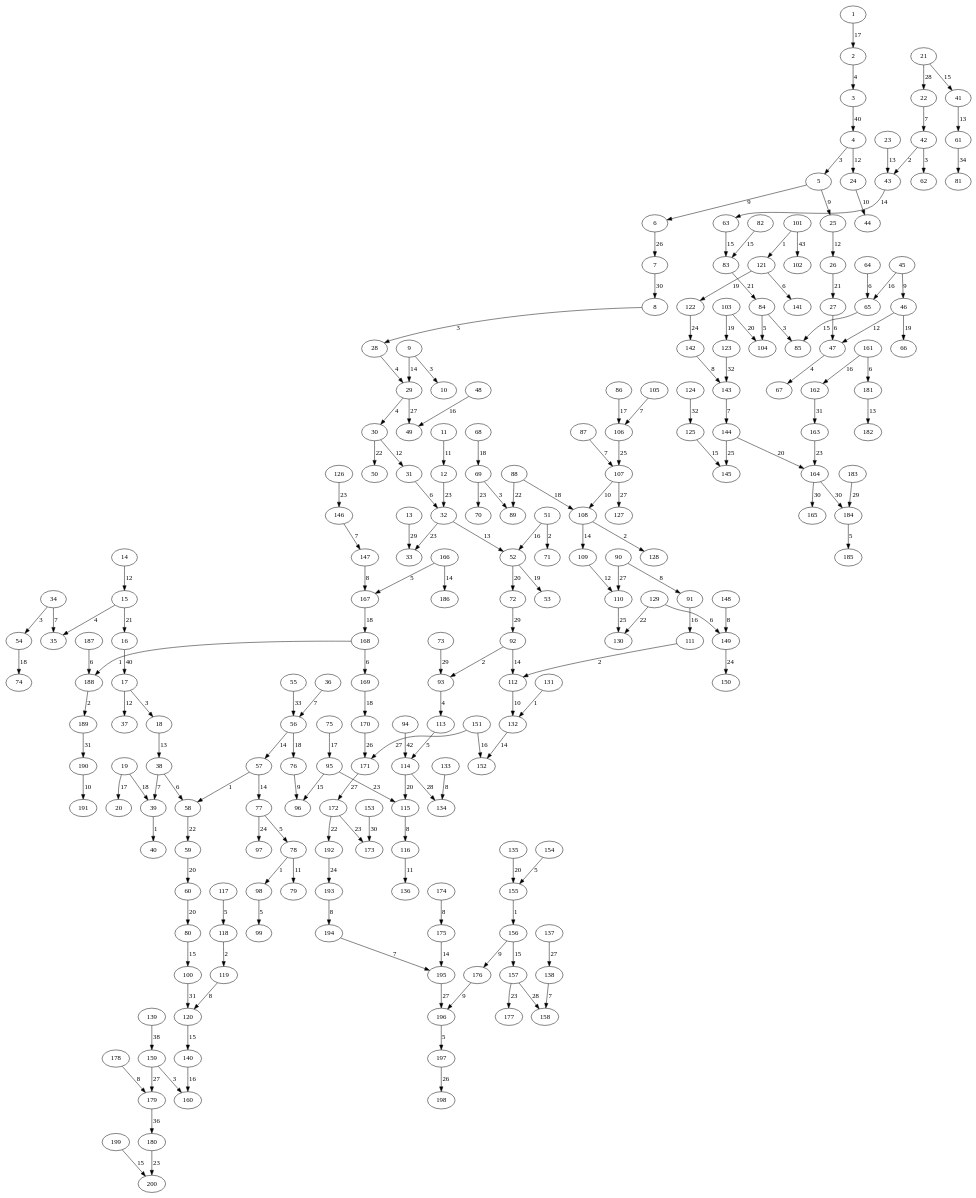
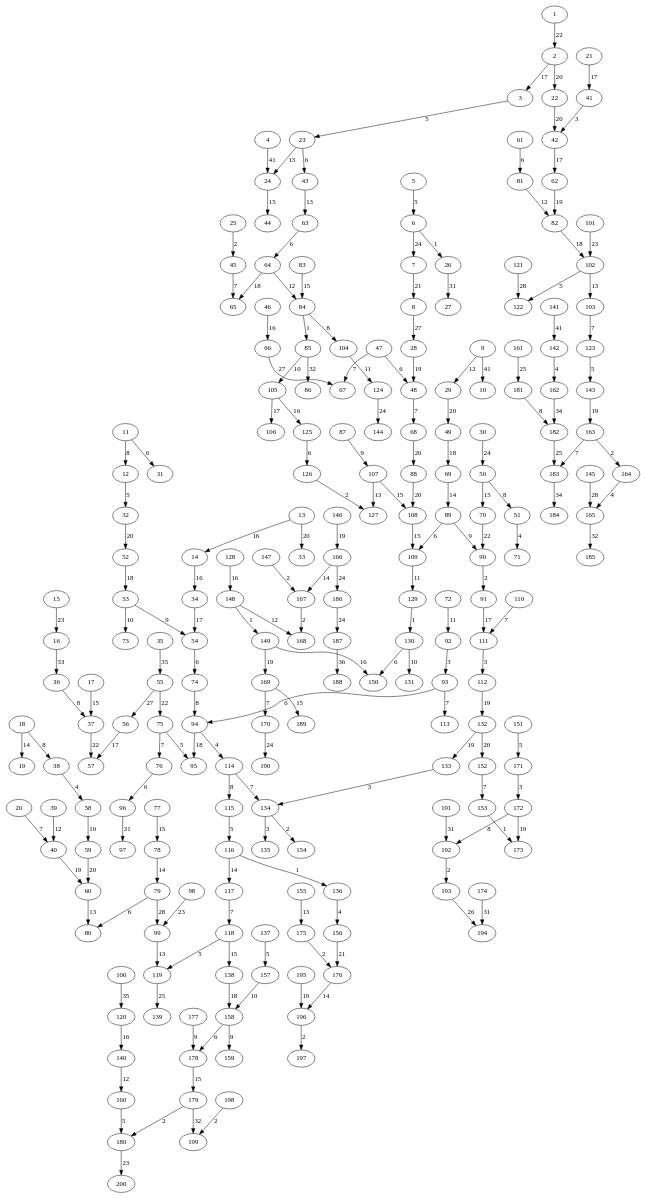
Before and after one commit to stormKx18/cic_algoritmos_proyecto4_Christian_Jaime: the diagram in graphviz/grafoMalla_m_20_n_10_KruskalI.gv, drawn with Graphviz. The commit also changed 19 other files, not shown here.

```diff
--- a/graphviz/grafoMalla_m_20_n_10_KruskalI.gv
+++ b/graphviz/grafoMalla_m_20_n_10_KruskalI.gv
@@ -199,203 +199,203 @@
 198;
 199;
 200;
-101 -> 102[label=43 weight=43];
-94 -> 114[label=42 weight=42];
-16 -> 17[label=40 weight=40];
-3 -> 4[label=40 weight=40];
-139 -> 159[label=38 weight=38];
-179 -> 180[label=36 weight=36];
-61 -> 81[label=34 weight=34];
-55 -> 56[label=33 weight=33];
-123 -> 143[label=32 weight=32];
-124 -> 125[label=32 weight=32];
-100 -> 120[label=31 weight=31];
-162 -> 163[label=31 weight=31];
-189 -> 190[label=31 weight=31];
-153 -> 173[label=30 weight=30];
-164 -> 165[label=30 weight=30];
-164 -> 184[label=30 weight=30];
-7 -> 8[label=30 weight=30];
-13 -> 33[label=29 weight=29];
-183 -> 184[label=29 weight=29];
-72 -> 92[label=29 weight=29];
-73 -> 93[label=29 weight=29];
-114 -> 134[label=28 weight=28];
-157 -> 158[label=28 weight=28];
-21 -> 22[label=28 weight=28];
-107 -> 127[label=27 weight=27];
-137 -> 138[label=27 weight=27];
-151 -> 171[label=27 weight=27];
-159 -> 179[label=27 weight=27];
-171 -> 172[label=27 weight=27];
-195 -> 196[label=27 weight=27];
-29 -> 49[label=27 weight=27];
-90 -> 110[label=27 weight=27];
-170 -> 171[label=26 weight=26];
-197 -> 198[label=26 weight=26];
-6 -> 7[label=26 weight=26];
-106 -> 107[label=25 weight=25];
-110 -> 130[label=25 weight=25];
-144 -> 145[label=25 weight=25];
-122 -> 142[label=24 weight=24];
-149 -> 150[label=24 weight=24];
-192 -> 193[label=24 weight=24];
-77 -> 97[label=24 weight=24];
-12 -> 32[label=23 weight=23];
-126 -> 146[label=23 weight=23];
-157 -> 177[label=23 weight=23];
-163 -> 164[label=23 weight=23];
-172 -> 173[label=23 weight=23];
+141 -> 142[label=41 weight=41];
+4 -> 24[label=41 weight=41];
+9 -> 10[label=41 weight=41];
+187 -> 188[label=36 weight=36];
+100 -> 120[label=35 weight=35];
+35 -> 55[label=35 weight=35];
+162 -> 182[label=34 weight=34];
+183 -> 184[label=34 weight=34];
+16 -> 36[label=33 weight=33];
+165 -> 185[label=32 weight=32];
+179 -> 199[label=32 weight=32];
+85 -> 86[label=32 weight=32];
+174 -> 194[label=31 weight=31];
+191 -> 192[label=31 weight=31];
+26 -> 27[label=31 weight=31];
+96 -> 97[label=31 weight=31];
+121 -> 122[label=28 weight=28];
+145 -> 165[label=28 weight=28];
+79 -> 99[label=28 weight=28];
+55 -> 56[label=27 weight=27];
+66 -> 67[label=27 weight=27];
+8 -> 28[label=27 weight=27];
+193 -> 194[label=26 weight=26];
+119 -> 139[label=25 weight=25];
+161 -> 181[label=25 weight=25];
+182 -> 183[label=25 weight=25];
+124 -> 144[label=24 weight=24];
+166 -> 186[label=24 weight=24];
+170 -> 190[label=24 weight=24];
+186 -> 187[label=24 weight=24];
+30 -> 50[label=24 weight=24];
+6 -> 7[label=24 weight=24];
+101 -> 102[label=23 weight=23];
+15 -> 16[label=23 weight=23];
 180 -> 200[label=23 weight=23];
-32 -> 33[label=23 weight=23];
-69 -> 70[label=23 weight=23];
-95 -> 115[label=23 weight=23];
-129 -> 130[label=22 weight=22];
-172 -> 192[label=22 weight=22];
-30 -> 50[label=22 weight=22];
-58 -> 59[label=22 weight=22];
-88 -> 89[label=22 weight=22];
-15 -> 16[label=21 weight=21];
-26 -> 27[label=21 weight=21];
-83 -> 84[label=21 weight=21];
-103 -> 104[label=20 weight=20];
-114 -> 115[label=20 weight=20];
-135 -> 155[label=20 weight=20];
-144 -> 164[label=20 weight=20];
-52 -> 72[label=20 weight=20];
+98 -> 99[label=23 weight=23];
+1 -> 2[label=22 weight=22];
+37 -> 57[label=22 weight=22];
+55 -> 75[label=22 weight=22];
+70 -> 90[label=22 weight=22];
+156 -> 176[label=21 weight=21];
+7 -> 8[label=21 weight=21];
+13 -> 33[label=20 weight=20];
+132 -> 152[label=20 weight=20];
+2 -> 22[label=20 weight=20];
+22 -> 42[label=20 weight=20];
+29 -> 49[label=20 weight=20];
+32 -> 52[label=20 weight=20];
 59 -> 60[label=20 weight=20];
-60 -> 80[label=20 weight=20];
-103 -> 123[label=19 weight=19];
-121 -> 122[label=19 weight=19];
-46 -> 66[label=19 weight=19];
-52 -> 53[label=19 weight=19];
-167 -> 168[label=18 weight=18];
-169 -> 170[label=18 weight=18];
-19 -> 39[label=18 weight=18];
-54 -> 74[label=18 weight=18];
-56 -> 76[label=18 weight=18];
-68 -> 69[label=18 weight=18];
-88 -> 108[label=18 weight=18];
-1 -> 2[label=17 weight=17];
-19 -> 20[label=17 weight=17];
-75 -> 95[label=17 weight=17];
-86 -> 106[label=17 weight=17];
-140 -> 160[label=16 weight=16];
-151 -> 152[label=16 weight=16];
-161 -> 162[label=16 weight=16];
-45 -> 65[label=16 weight=16];
-48 -> 49[label=16 weight=16];
-51 -> 52[label=16 weight=16];
-91 -> 111[label=16 weight=16];
-120 -> 140[label=15 weight=15];
-125 -> 145[label=15 weight=15];
-156 -> 157[label=15 weight=15];
-199 -> 200[label=15 weight=15];
-21 -> 41[label=15 weight=15];
-63 -> 83[label=15 weight=15];
-65 -> 85[label=15 weight=15];
-80 -> 100[label=15 weight=15];
-82 -> 83[label=15 weight=15];
-95 -> 96[label=15 weight=15];
-108 -> 109[label=14 weight=14];
-132 -> 152[label=14 weight=14];
-166 -> 186[label=14 weight=14];
-175 -> 195[label=14 weight=14];
-43 -> 63[label=14 weight=14];
-56 -> 57[label=14 weight=14];
-57 -> 77[label=14 weight=14];
-9 -> 29[label=14 weight=14];
-92 -> 112[label=14 weight=14];
-18 -> 38[label=13 weight=13];
-181 -> 182[label=13 weight=13];
-23 -> 43[label=13 weight=13];
-32 -> 52[label=13 weight=13];
-41 -> 61[label=13 weight=13];
-109 -> 110[label=12 weight=12];
-14 -> 15[label=12 weight=12];
-17 -> 37[label=12 weight=12];
-25 -> 26[label=12 weight=12];
-30 -> 31[label=12 weight=12];
-4 -> 24[label=12 weight=12];
-46 -> 47[label=12 weight=12];
-11 -> 12[label=11 weight=11];
-116 -> 136[label=11 weight=11];
-78 -> 79[label=11 weight=11];
-107 -> 108[label=10 weight=10];
-112 -> 132[label=10 weight=10];
-190 -> 191[label=10 weight=10];
-24 -> 44[label=10 weight=10];
-156 -> 176[label=9 weight=9];
-176 -> 196[label=9 weight=9];
-45 -> 46[label=9 weight=9];
-5 -> 25[label=9 weight=9];
-5 -> 6[label=9 weight=9];
-76 -> 96[label=9 weight=9];
-115 -> 116[label=8 weight=8];
-119 -> 120[label=8 weight=8];
-133 -> 134[label=8 weight=8];
-142 -> 143[label=8 weight=8];
-147 -> 167[label=8 weight=8];
-148 -> 149[label=8 weight=8];
-174 -> 175[label=8 weight=8];
-178 -> 179[label=8 weight=8];
-193 -> 194[label=8 weight=8];
-90 -> 91[label=8 weight=8];
-105 -> 106[label=7 weight=7];
-138 -> 158[label=7 weight=7];
-143 -> 144[label=7 weight=7];
-146 -> 147[label=7 weight=7];
-194 -> 195[label=7 weight=7];
-22 -> 42[label=7 weight=7];
-34 -> 35[label=7 weight=7];
-36 -> 56[label=7 weight=7];
-38 -> 39[label=7 weight=7];
-87 -> 107[label=7 weight=7];
-121 -> 141[label=6 weight=6];
-129 -> 149[label=6 weight=6];
-161 -> 181[label=6 weight=6];
-168 -> 169[label=6 weight=6];
-187 -> 188[label=6 weight=6];
-27 -> 47[label=6 weight=6];
-31 -> 32[label=6 weight=6];
-38 -> 58[label=6 weight=6];
-64 -> 65[label=6 weight=6];
-113 -> 114[label=5 weight=5];
-117 -> 118[label=5 weight=5];
-154 -> 155[label=5 weight=5];
-166 -> 167[label=5 weight=5];
-184 -> 185[label=5 weight=5];
-196 -> 197[label=5 weight=5];
-77 -> 78[label=5 weight=5];
-84 -> 104[label=5 weight=5];
-98 -> 99[label=5 weight=5];
-15 -> 35[label=4 weight=4];
-2 -> 3[label=4 weight=4];
-28 -> 29[label=4 weight=4];
-29 -> 30[label=4 weight=4];
-47 -> 67[label=4 weight=4];
-93 -> 113[label=4 weight=4];
-159 -> 160[label=3 weight=3];
-17 -> 18[label=3 weight=3];
-34 -> 54[label=3 weight=3];
-4 -> 5[label=3 weight=3];
-42 -> 62[label=3 weight=3];
-69 -> 89[label=3 weight=3];
-8 -> 28[label=3 weight=3];
-84 -> 85[label=3 weight=3];
-9 -> 10[label=3 weight=3];
-108 -> 128[label=2 weight=2];
-111 -> 112[label=2 weight=2];
-118 -> 119[label=2 weight=2];
-188 -> 189[label=2 weight=2];
-42 -> 43[label=2 weight=2];
-51 -> 71[label=2 weight=2];
-92 -> 93[label=2 weight=2];
-101 -> 121[label=1 weight=1];
-131 -> 132[label=1 weight=1];
-155 -> 156[label=1 weight=1];
-168 -> 188[label=1 weight=1];
-39 -> 40[label=1 weight=1];
-57 -> 58[label=1 weight=1];
-78 -> 98[label=1 weight=1];
+68 -> 88[label=20 weight=20];
+88 -> 108[label=20 weight=20];
+112 -> 132[label=19 weight=19];
+132 -> 133[label=19 weight=19];
+143 -> 163[label=19 weight=19];
+146 -> 166[label=19 weight=19];
+149 -> 169[label=19 weight=19];
+172 -> 173[label=19 weight=19];
+195 -> 196[label=19 weight=19];
+28 -> 48[label=19 weight=19];
+40 -> 60[label=19 weight=19];
+62 -> 82[label=19 weight=19];
+138 -> 158[label=18 weight=18];
+49 -> 69[label=18 weight=18];
+52 -> 53[label=18 weight=18];
+64 -> 65[label=18 weight=18];
+82 -> 102[label=18 weight=18];
+94 -> 95[label=18 weight=18];
+105 -> 106[label=17 weight=17];
+2 -> 3[label=17 weight=17];
+21 -> 41[label=17 weight=17];
+34 -> 54[label=17 weight=17];
+42 -> 62[label=17 weight=17];
+56 -> 57[label=17 weight=17];
+91 -> 111[label=17 weight=17];
+105 -> 125[label=16 weight=16];
+120 -> 140[label=16 weight=16];
+128 -> 148[label=16 weight=16];
+13 -> 14[label=16 weight=16];
+14 -> 34[label=16 weight=16];
+149 -> 150[label=16 weight=16];
+46 -> 66[label=16 weight=16];
+107 -> 108[label=15 weight=15];
+108 -> 109[label=15 weight=15];
+118 -> 138[label=15 weight=15];
+169 -> 189[label=15 weight=15];
+17 -> 37[label=15 weight=15];
+178 -> 179[label=15 weight=15];
+24 -> 44[label=15 weight=15];
+50 -> 70[label=15 weight=15];
+77 -> 78[label=15 weight=15];
+83 -> 84[label=15 weight=15];
+116 -> 117[label=14 weight=14];
+166 -> 167[label=14 weight=14];
+176 -> 196[label=14 weight=14];
+18 -> 19[label=14 weight=14];
+69 -> 89[label=14 weight=14];
+78 -> 79[label=14 weight=14];
+102 -> 103[label=13 weight=13];
+107 -> 127[label=13 weight=13];
+155 -> 175[label=13 weight=13];
+23 -> 24[label=13 weight=13];
+43 -> 63[label=13 weight=13];
+60 -> 80[label=13 weight=13];
+99 -> 119[label=13 weight=13];
+140 -> 160[label=12 weight=12];
+148 -> 168[label=12 weight=12];
+39 -> 40[label=12 weight=12];
+64 -> 84[label=12 weight=12];
+81 -> 82[label=12 weight=12];
+9 -> 29[label=12 weight=12];
+104 -> 124[label=11 weight=11];
+109 -> 129[label=11 weight=11];
+72 -> 92[label=11 weight=11];
+130 -> 131[label=10 weight=10];
+157 -> 158[label=10 weight=10];
+53 -> 73[label=10 weight=10];
+58 -> 59[label=10 weight=10];
+85 -> 105[label=10 weight=10];
+158 -> 159[label=9 weight=9];
+177 -> 178[label=9 weight=9];
+53 -> 54[label=9 weight=9];
+87 -> 107[label=9 weight=9];
+89 -> 90[label=9 weight=9];
+11 -> 12[label=8 weight=8];
+114 -> 115[label=8 weight=8];
+172 -> 192[label=8 weight=8];
+18 -> 38[label=8 weight=8];
+181 -> 182[label=8 weight=8];
+36 -> 37[label=8 weight=8];
+50 -> 51[label=8 weight=8];
+74 -> 94[label=8 weight=8];
+84 -> 104[label=8 weight=8];
+103 -> 123[label=7 weight=7];
+110 -> 111[label=7 weight=7];
+114 -> 134[label=7 weight=7];
+117 -> 118[label=7 weight=7];
+152 -> 153[label=7 weight=7];
+163 -> 183[label=7 weight=7];
+169 -> 170[label=7 weight=7];
+20 -> 40[label=7 weight=7];
+45 -> 65[label=7 weight=7];
+47 -> 67[label=7 weight=7];
+48 -> 68[label=7 weight=7];
+75 -> 76[label=7 weight=7];
+93 -> 113[label=7 weight=7];
+11 -> 31[label=6 weight=6];
+125 -> 126[label=6 weight=6];
+130 -> 150[label=6 weight=6];
+158 -> 178[label=6 weight=6];
+23 -> 43[label=6 weight=6];
+47 -> 48[label=6 weight=6];
+54 -> 74[label=6 weight=6];
+61 -> 81[label=6 weight=6];
+63 -> 64[label=6 weight=6];
+76 -> 96[label=6 weight=6];
+79 -> 80[label=6 weight=6];
+89 -> 109[label=6 weight=6];
+93 -> 94[label=6 weight=6];
+102 -> 122[label=5 weight=5];
+115 -> 116[label=5 weight=5];
+118 -> 119[label=5 weight=5];
+12 -> 32[label=5 weight=5];
+123 -> 143[label=5 weight=5];
+137 -> 157[label=5 weight=5];
+151 -> 171[label=5 weight=5];
+160 -> 180[label=5 weight=5];
+3 -> 23[label=5 weight=5];
+5 -> 6[label=5 weight=5];
+75 -> 95[label=5 weight=5];
+136 -> 156[label=4 weight=4];
+142 -> 162[label=4 weight=4];
+164 -> 165[label=4 weight=4];
+38 -> 58[label=4 weight=4];
+51 -> 71[label=4 weight=4];
+94 -> 114[label=4 weight=4];
+111 -> 112[label=3 weight=3];
+133 -> 134[label=3 weight=3];
+134 -> 135[label=3 weight=3];
+171 -> 172[label=3 weight=3];
+41 -> 42[label=3 weight=3];
+92 -> 93[label=3 weight=3];
+126 -> 127[label=2 weight=2];
+134 -> 154[label=2 weight=2];
+147 -> 167[label=2 weight=2];
+163 -> 164[label=2 weight=2];
+167 -> 168[label=2 weight=2];
+175 -> 176[label=2 weight=2];
+179 -> 180[label=2 weight=2];
+192 -> 193[label=2 weight=2];
+196 -> 197[label=2 weight=2];
+198 -> 199[label=2 weight=2];
+25 -> 45[label=2 weight=2];
+90 -> 91[label=2 weight=2];
+116 -> 136[label=1 weight=1];
+129 -> 130[label=1 weight=1];
+148 -> 149[label=1 weight=1];
+153 -> 173[label=1 weight=1];
+6 -> 26[label=1 weight=1];
+84 -> 85[label=1 weight=1];
 }
```
